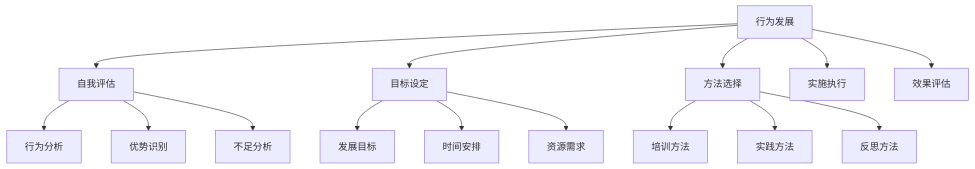
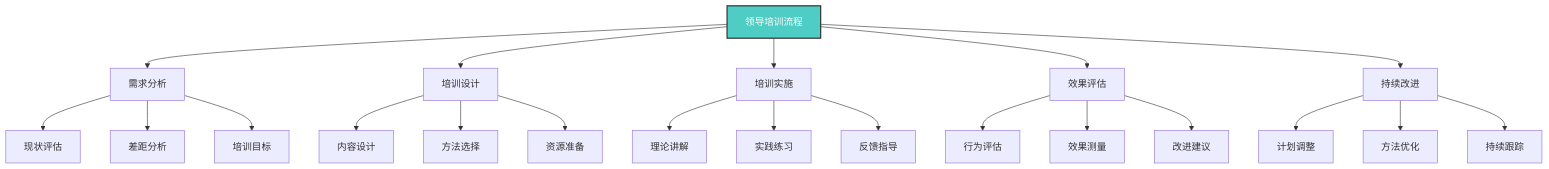
The seventh of 7 diagrams in 企业领导力/02-理论理解层/经典领导理论/02-行为理论.md (Anping2017/obsidian), drawn with Mermaid before and after one commit. The commit also changed other lines of this file and 8 other files, not shown here.

````diff
--- a/企业领导力/02-理论理解层/经典领导理论/02-行为理论.md
+++ b/企业领导力/02-理论理解层/经典领导理论/02-行为理论.md
@@ -218,20 +221,30 @@
 ```mermaid
 graph TD
-    A[行为发展] --> B[自我评估]
-    A --> C[目标设定]
-    A --> D[方法选择]
-    A --> E[实施执行]
-    A --> F[效果评估]
+    A[领导培训流程] --> B[需求分析]
+    A --> C[培训设计]
+    A --> D[培训实施]
+    A --> E[效果评估]
+    A --> F[持续改进]
     
-    B --> B1[行为分析]
-    B --> B2[优势识别]
-    B --> B3[不足分析]
+    B --> B1[现状评估]
+    B --> B2[差距分析]
+    B --> B3[培训目标]
     
-    C --> C1[发展目标]
-    C --> C2[时间安排]
-    C --> C3[资源需求]
+    C --> C1[内容设计]
+    C --> C2[方法选择]
+    C --> C3[资源准备]
     
-    D --> D1[培训方法]
-    D --> D2[实践方法]
-    D --> D3[反思方法]
+    D --> D1[理论讲解]
+    D --> D2[实践练习]
+    D --> D3[反馈指导]
+    
+    E --> E1[行为评估]
+    E --> E2[效果测量]
+    E --> E3[改进建议]
+    
+    F --> F1[计划调整]
+    F --> F2[方法优化]
+    F --> F3[持续跟踪]
+    
+    style A fill:#4ecdc4,stroke:#333,stroke-width:2px,color:#fff
 ```
````
